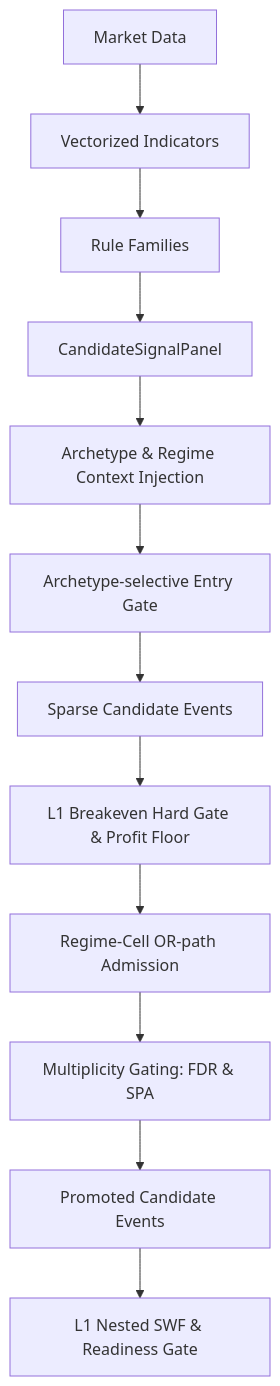
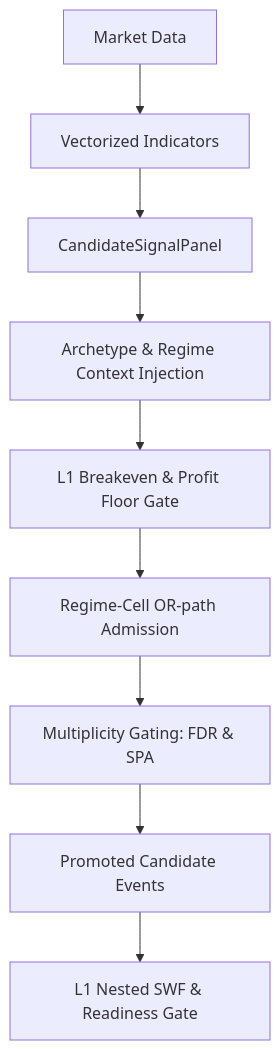
The diagram in docs/architecture/layer1.md (KTHYEONG/crypto-pilot), drawn with Mermaid before and after one commit. The commit also changed other lines of this file and 11 other files, not shown here.

````diff
--- a/docs/architecture/layer1.md
+++ b/docs/architecture/layer1.md
@@ -83,14 +46,11 @@
 ```mermaid
 graph TD
     A[Market Data] --> B[Vectorized Indicators]
-    B --> C[Rule Families]
-    C --> D[CandidateSignalPanel]
-    D --> E[Archetype & Regime Context Injection]
-    E --> F[Archetype-selective Entry Gate]
-    F --> G[Sparse Candidate Events]
-    G --> H[L1 Breakeven Hard Gate & Profit Floor]
-    H --> I[Regime-Cell OR-path Admission]
-    I --> J[Multiplicity Gating: FDR & SPA]
-    J --> K[Promoted Candidate Events]
-    K --> L[L1 Nested SWF & Readiness Gate]
+    B --> C[CandidateSignalPanel]
+    C --> D[Archetype & Regime Context Injection]
+    D --> E[L1 Breakeven & Profit Floor Gate]
+    E --> F[Regime-Cell OR-path Admission]
+    F --> G[Multiplicity Gating: FDR & SPA]
+    G --> H[Promoted Candidate Events]
+    H --> I[L1 Nested SWF & Readiness Gate]
 ```
````
